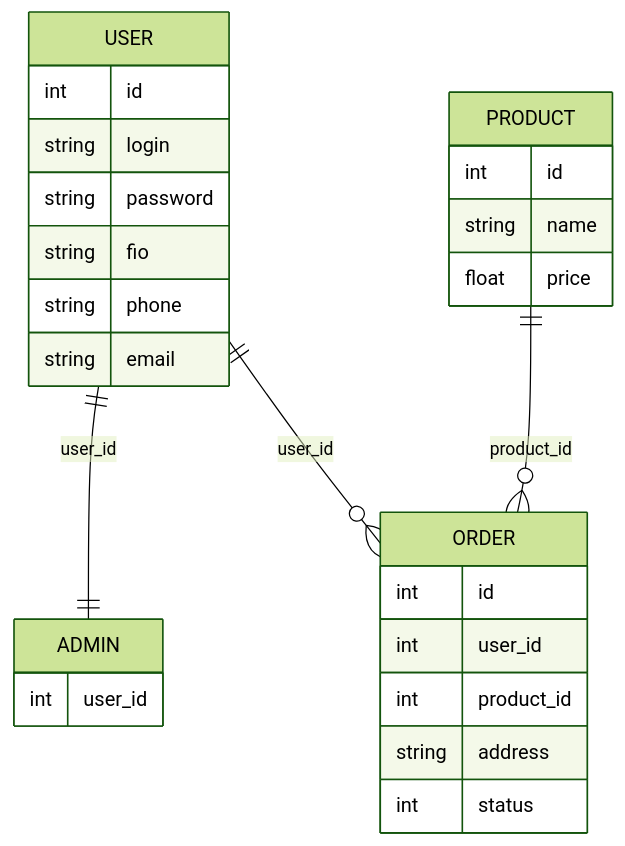
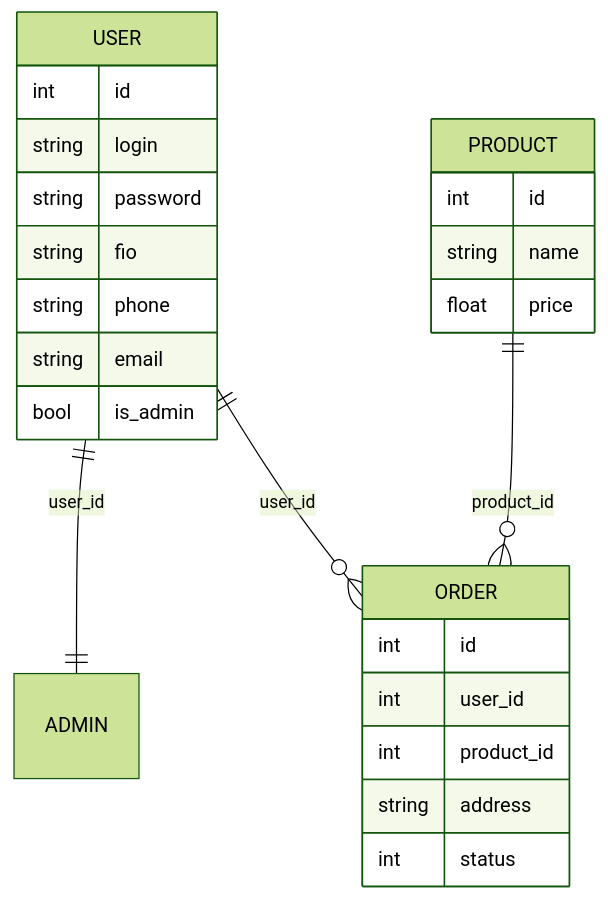
One commit to Blezz-tech/kp11-conspects changed the diagram in README.md. Above: the diagram before and after it, drawn with Mermaid (forest theme).

````diff
--- a/README.md
+++ b/README.md
@@ -7,34 +7,35 @@
 ```mermaid
 erDiagram
     USER {
         int id
         string login
         string password
         string fio
         string phone
         string email
+        bool is_admin
     }
 
-    ADMIN {
-        int user_id
-    }
+    %% ADMIN {
+    %%     int user_id
+    %% }
     
     PRODUCT {
         int id
         string name
         float price
     }
 
     ORDER {
         int id
         int user_id
         int product_id
         string address
         int status
     }
 
     USER ||--|| ADMIN : user_id
 
     USER ||--o{ ORDER : user_id
     PRODUCT ||--o{ ORDER : product_id
 ```
````
